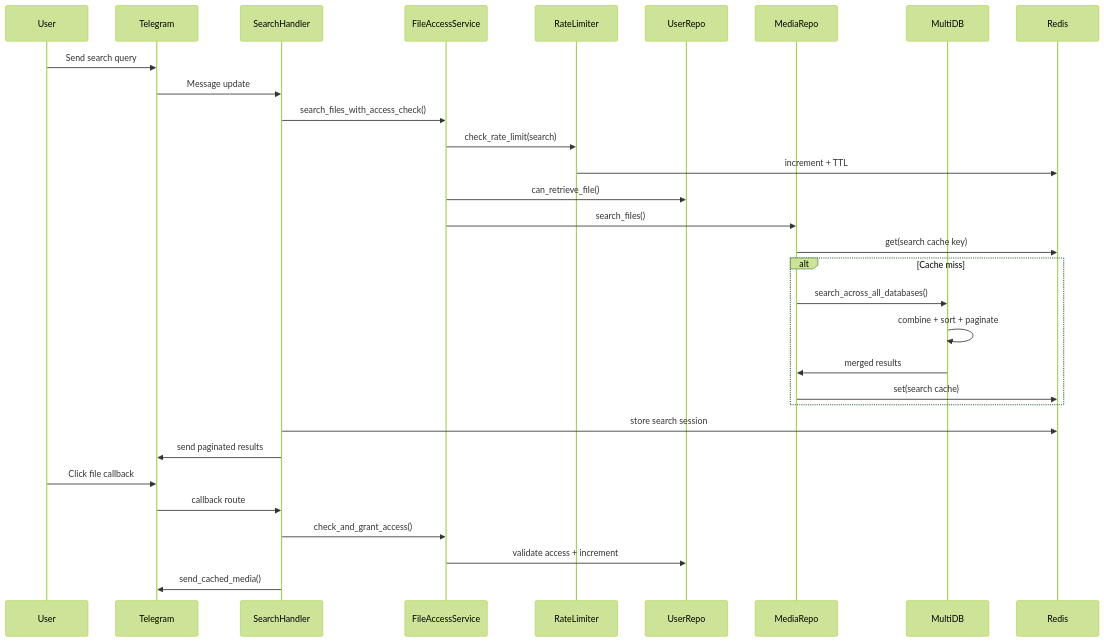
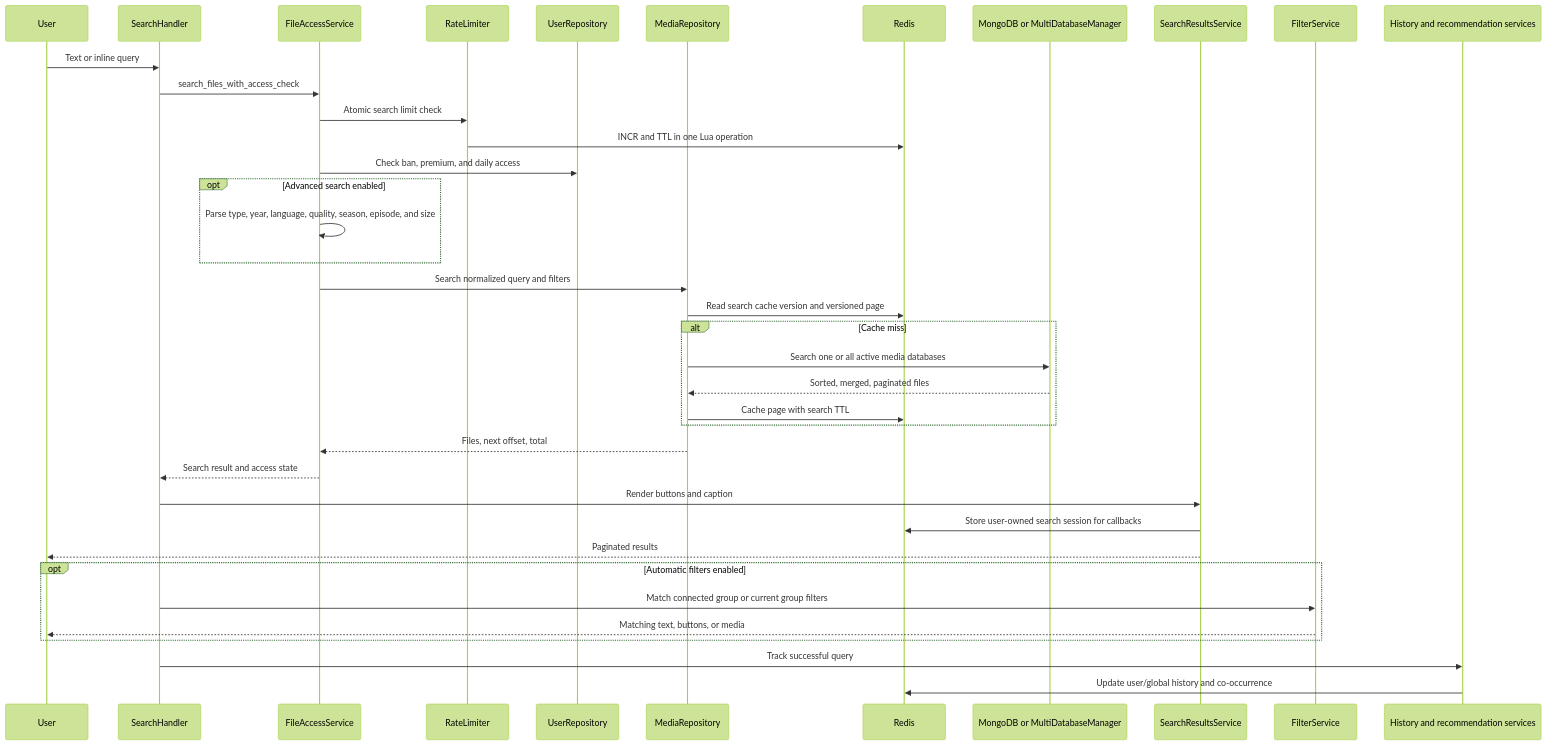
The fourth of 13 diagrams in docs/architecture/diagrams.md (rumalg123/Advanced-File-Filter-Bot), drawn with Mermaid (forest theme) before and after one commit. The commit also changed other lines of this file and 63 other files, not shown here.

````diff
--- a/docs/architecture/diagrams.md
+++ b/docs/architecture/diagrams.md
@@ -98,37 +137,41 @@
 ```mermaid
 sequenceDiagram
     participant User
-    participant Telegram
-    participant SearchHandler
-    participant FileAccessService
-    participant RateLimiter
-    participant UserRepo
-    participant MediaRepo
-    participant MultiDB
+    participant Search as SearchHandler
+    participant Access as FileAccessService
+    participant Limit as RateLimiter
+    participant UserRepo as UserRepository
+    participant Media as MediaRepository
     participant Redis
+    participant Mongo as MongoDB or MultiDatabaseManager
+    participant Result as SearchResultsService
+    participant Filter as FilterService
+    participant History as History and recommendation services
 
-    User->>Telegram: Send search query
-    Telegram->>SearchHandler: Message update
-    SearchHandler->>FileAccessService: search_files_with_access_check()
-    FileAccessService->>RateLimiter: check_rate_limit(search)
-    RateLimiter->>Redis: increment + TTL
-    FileAccessService->>UserRepo: can_retrieve_file()
-    FileAccessService->>MediaRepo: search_files()
-
-    MediaRepo->>Redis: get(search cache key)
+    User->>Search: Text or inline query
+    Search->>Access: search_files_with_access_check
+    Access->>Limit: Atomic search limit check
+    Limit->>Redis: INCR and TTL in one Lua operation
+    Access->>UserRepo: Check ban, premium, and daily access
+    opt Advanced search enabled
+        Access->>Access: Parse type, year, language, quality, season, episode, and size
+    end
+    Access->>Media: Search normalized query and filters
+    Media->>Redis: Read search cache version and versioned page
     alt Cache miss
-        MediaRepo->>MultiDB: search_across_all_databases()
-        MultiDB->>MultiDB: combine + sort + paginate
-        MultiDB->>MediaRepo: merged results
-        MediaRepo->>Redis: set(search cache)
+        Media->>Mongo: Search one or all active media databases
+        Mongo-->>Media: Sorted, merged, paginated files
+        Media->>Redis: Cache page with search TTL
     end
-
-    SearchHandler->>Redis: store search session
-    SearchHandler->>Telegram: send paginated results
-
-    User->>Telegram: Click file callback
-    Telegram->>SearchHandler: callback route
-    SearchHandler->>FileAccessService: check_and_grant_access()
-    FileAccessService->>UserRepo: validate access + increment
-    SearchHandler->>Telegram: send_cached_media()
+    Media-->>Access: Files, next offset, total
+    Access-->>Search: Search result and access state
+    Search->>Result: Render buttons and caption
+    Result->>Redis: Store user-owned search session for callbacks
+    Result-->>User: Paginated results
+    opt Automatic filters enabled
+        Search->>Filter: Match connected group or current group filters
+        Filter-->>User: Matching text, buttons, or media
+    end
+    Search->>History: Track successful query
+    History->>Redis: Update user/global history and co-occurrence
 ```
````
